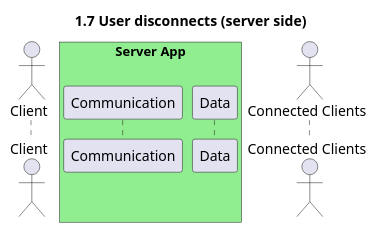
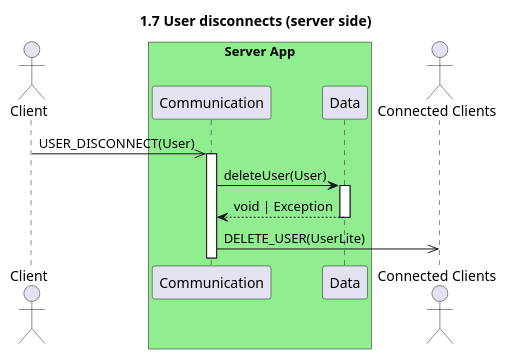
One commit to UTCAI12/Diagrams changed the diagram in sequence/1.7.user_disconnect_server.puml. Above: the diagram before and after it, drawn with PlantUML. The commit also changed 2 other files, not shown here.

```diff
--- a/sequence/1.7.user_disconnect_server.puml
+++ b/sequence/1.7.user_disconnect_server.puml
@@ -1,11 +1,16 @@
 @startuml 1.7 User disconnects (server side)
 title 1.7 User disconnects (server side)
 
 actor "Client" as client
 box "Server App" #LightGreen
     participant "Communication" as com
     participant "Data" as data
 end box
 actor "Connected Clients" as connected
 
+client ->> com++: USER_DISCONNECT(User)
+com -> data++: deleteUser(User)
+return void | Exception
+com ->> connected: DELETE_USER(UserLite)
+
 @enduml
```
